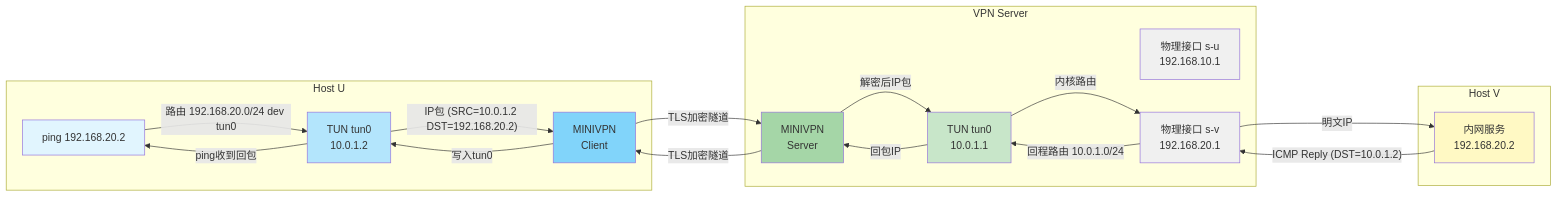
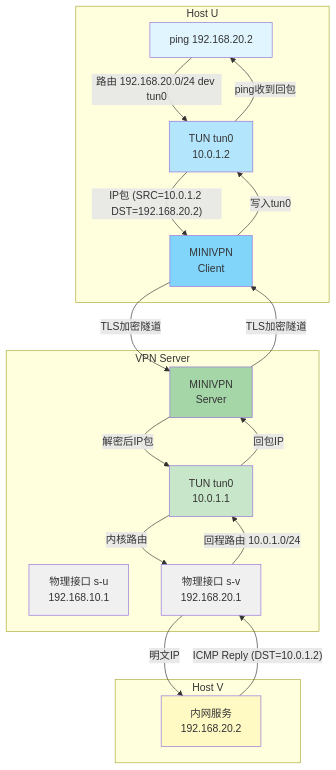
One commit to l-3l/minivpn changed the diagram in README.md. Above: the diagram before and after it, drawn with Mermaid.

Commit message:
change dataflow to vertical layout

````diff
--- a/README.md
+++ b/README.md
@@ -89,41 +89,41 @@
 ```mermaid
-flowchart LR
+flowchart TB
     subgraph HostU["Host U"]
         A[ping 192.168.20.2]
         B[TUN tun0<br/>10.0.1.2]
         C[MINIVPN<br/>Client]
     end
 
     subgraph Server["VPN Server"]
         D[MINIVPN<br/>Server]
         E[TUN tun0<br/>10.0.1.1]
         F[物理接口 s-u<br/>192.168.10.1]
         G[物理接口 s-v<br/>192.168.20.1]
     end
 
     subgraph HostV["Host V"]
         H[内网服务<br/>192.168.20.2]
     end
 
     A -- "路由 192.168.20.0/24 dev tun0" --> B
     B -- "IP包 (SRC=10.0.1.2 DST=192.168.20.2)" --> C
     C -- "TLS加密隧道" --> D
     D -- "解密后IP包" --> E
     E -- "内核路由" --> G
     G -- "明文IP" --> H
     H -- "ICMP Reply (DST=10.0.1.2)" --> G
     G -- "回程路由 10.0.1.0/24" --> E
     E -- "回包IP" --> D
     D -- "TLS加密隧道" --> C
     C -- "写入tun0" --> B
     B -- "ping收到回包" --> A
 
     style A fill:#e1f5fe
     style B fill:#b3e5fc
     style C fill:#81d4fa
     style D fill:#a5d6a7
     style E fill:#c8e6c9
     style F fill:#f0f0f0
     style G fill:#f0f0f0
     style H fill:#fff9c4
 ```
````
